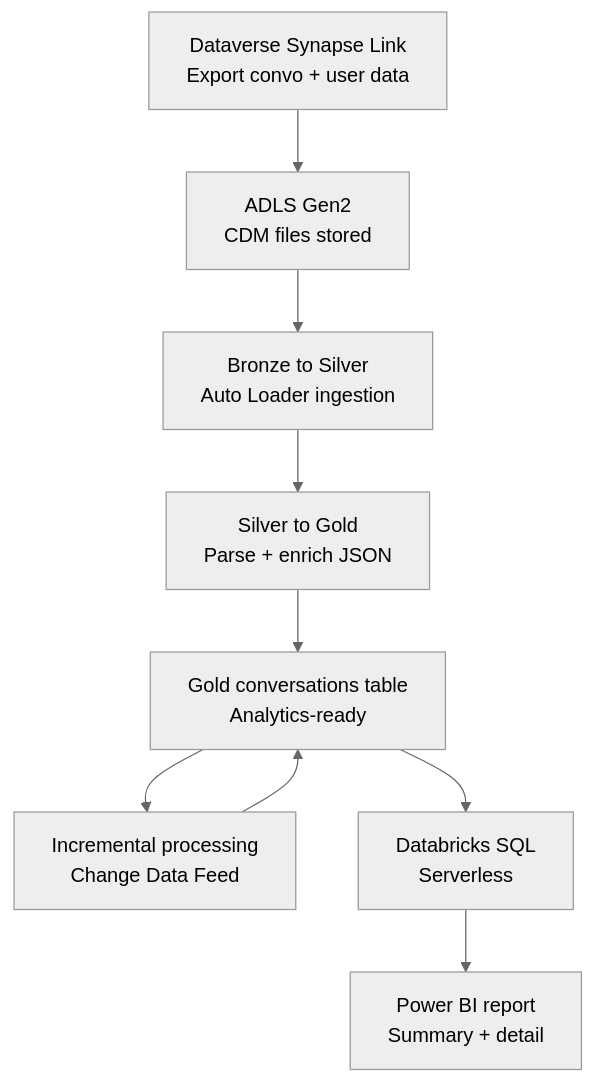
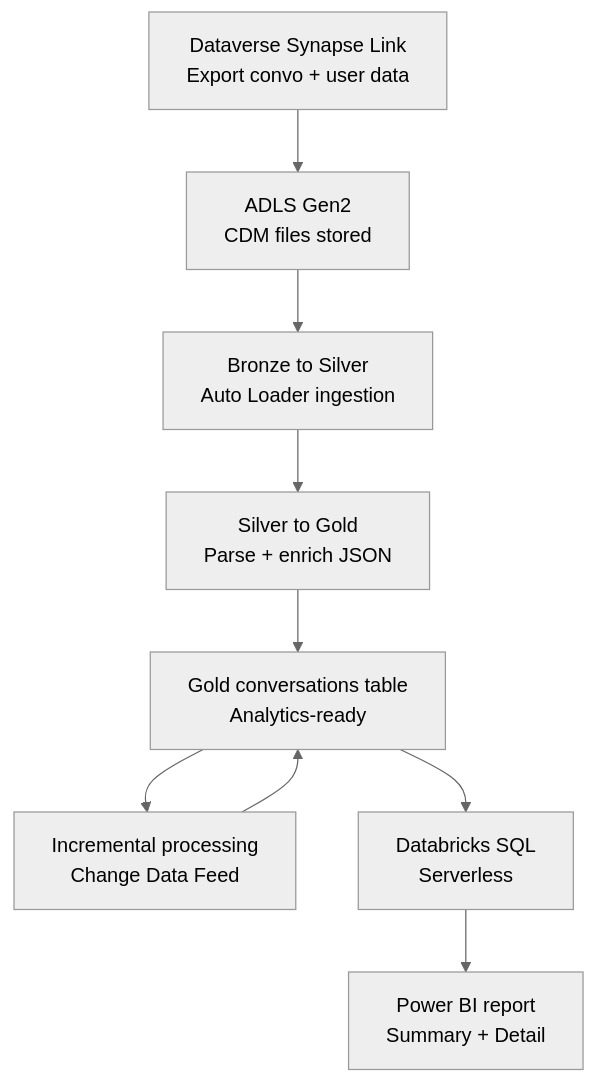
The diagram in README.md (jcbendernh/copilot-chat-history-databricks), drawn with Mermaid (neutral theme) before and after one commit.

Commit message:
Revise README for improved documentation
Updated README to enhance clarity and structure.

````diff
--- a/README.md
+++ b/README.md
@@ -16,15 +16,15 @@
 ```mermaid
 flowchart TD
   A[Dataverse Synapse Link<br/>Export convo + user data]
   B[ADLS Gen2<br/>CDM files stored]
   C[Bronze to Silver<br/>Auto Loader ingestion]
   D[Silver to Gold<br/>Parse + enrich JSON]
   E[Gold conversations table<br/>Analytics-ready]
   F[Incremental processing<br/>Change Data Feed]
   G[Databricks SQL<br/>Serverless]
-  H[Power BI report<br/>Summary + detail]
+  H[Power BI report<br/>Summary + Detail]
 
   A --> B --> C --> D --> E --> G --> H
   E --> F
   F --> E
 ```
````
